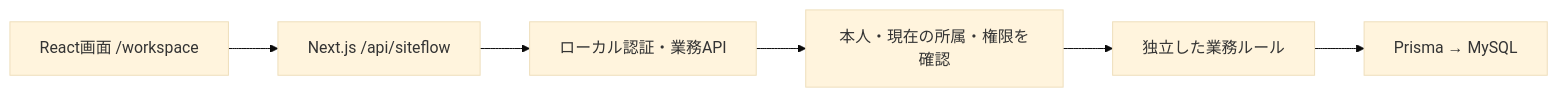
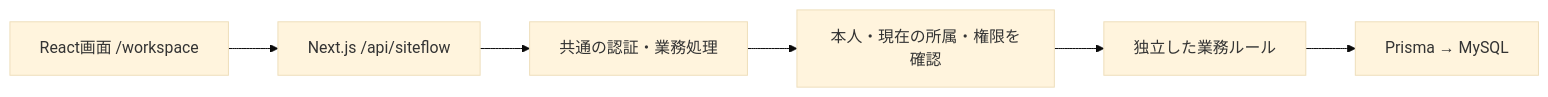
One commit to syucream02/siteflow changed the diagram in README.md. Above: the diagram before and after it, drawn with Mermaid (base theme). The commit also changed other lines of this file and 12 other files, not shown here.

````diff
--- a/README.md
+++ b/README.md
@@ -51,8 +56,8 @@
 ```mermaid
 flowchart LR
   A[React画面 /workspace] --> B[Next.js /api/siteflow]
-  B --> C[ローカル認証・業務API]
+  B --> C[共通の認証・業務処理]
   C --> D[本人・現在の所属・権限を確認]
   D --> E[独立した業務ルール]
   E --> F[Prisma → MySQL]
 ```
````
